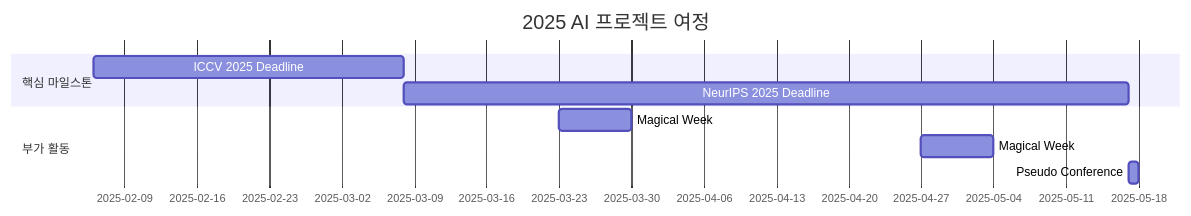
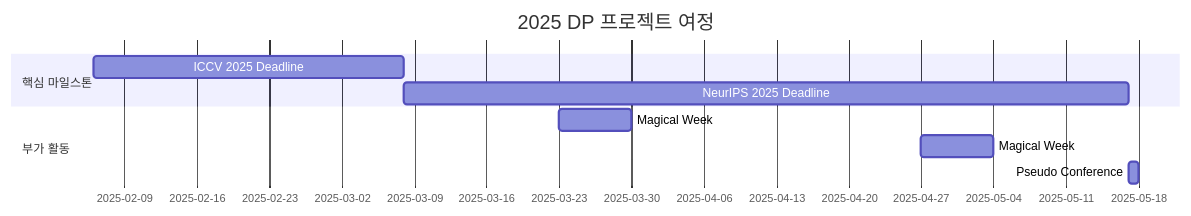
One commit to Pseudo-Lab/DP_Diffusion_Paper changed the diagram in README.md. Above: the diagram before and after it, drawn with Mermaid. The commit also changed other lines of this file, not shown here.

````diff
--- a/README.md
+++ b/README.md
@@ -34,11 +34,11 @@
 ```mermaid
 gantt
-    title 2025 AI 프로젝트 여정
+    title 2025 DP 프로젝트 여정
     section 핵심 마일스톤
     ICCV 2025 Deadline       :a1, 2025-02-06, 30d
     NeurIPS 2025 Deadline       :a2, after a1, 70d
     section 부가 활동
     Magical Week       :b1, 2025-03-23, 7d
     Magical Week       :b2, 2025-04-27, 7d
     Pseudo Conference         :b3, 2025-05-17, 1d
 ```
````
